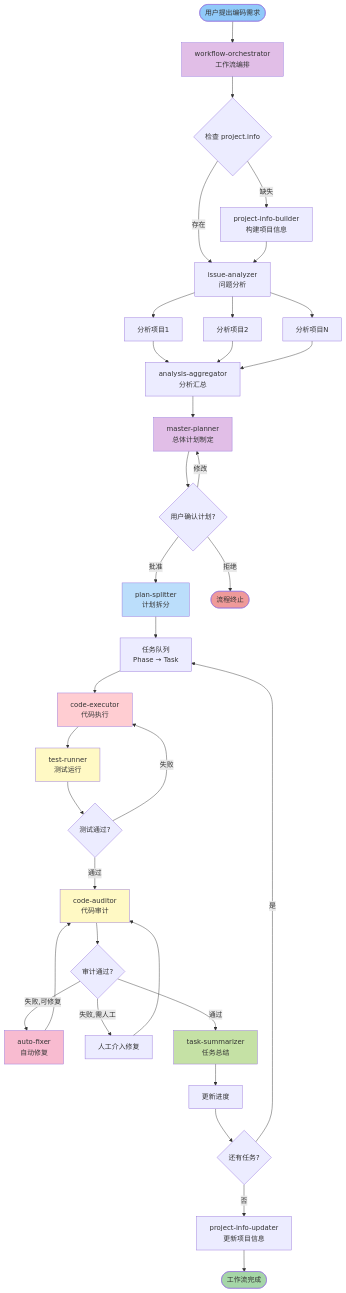
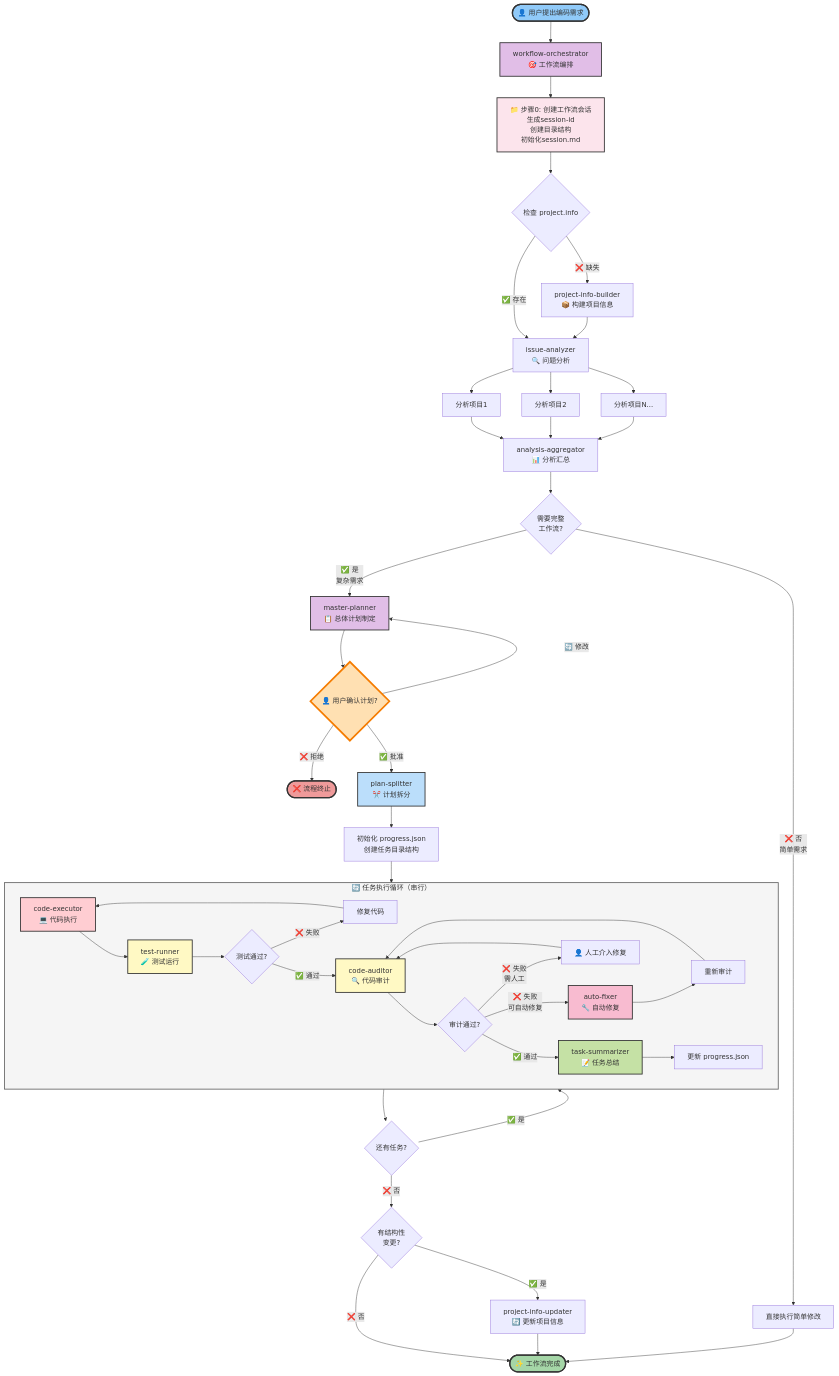
The second of 2 diagrams in README.md (gyqwuyuedefeng/.claude), drawn with Mermaid before and after one commit. The commit also changed other lines of this file, not shown here.

Commit message:
主要改进
  1. 简化版流程图（新增）

  - 横向布局，一目了然展示5大核心阶段
  - 使用 emoji 图标和颜色编码提高可读性
  - 突出显示用户确认这个关键节点
  - 清晰展示任务循环迭代机制

  2. 详细版流程图（改进）

  - 补充了 步骤0：创建工作流会话（workflow-orchestrator 的强制第一步）
  - 添加了决策分支：简单需求直接执行 vs 复杂需求完整工作流
  - 使用 subgraph 清晰展示任务执行循环
  - 完整展示失败恢复机制（测试失败、审计失败的不同处理路径）
  - 添加结构性变更检查，决定是否触发 project-info-updater

  3. 关键特性

  - ✅ 所有子代理都有图标和颜色标识
  - ✅ 用户确认节点用橙色边框特殊高亮（stroke-width: 4px）
  - ✅ 添加了详细的节点说明
  - ✅ 保持了与 workflow-orchestrator.md 的一致性

  现在 README.md 中的流程图更加清晰易懂，既有高层概览（简化版），也有详细实现（完整版），方便不同需求的读者理解整个多代理协同框架的工作流程。

````diff
--- a/README.md
+++ b/README.md
@@ -69,62 +108,76 @@
 ```mermaid
 graph TB
-    Start([用户提出编码需求]) --> WO[workflow-orchestrator<br/>工作流编排]
+    Start([👤 用户提出编码需求]) --> WO[workflow-orchestrator<br/>🎯 工作流编排]
 
-    WO --> CheckInfo{检查 project.info}
-    CheckInfo -->|缺失| PIB[project-info-builder<br/>构建项目信息]
-    CheckInfo -->|存在| IA[issue-analyzer<br/>问题分析]
-    PIB --> IA
+    WO --> CreateSession[📁 步骤0: 创建工作流会话<br/>生成session-id<br/>创建目录结构<br/>初始化session.md]
+    CreateSession --> CheckInfo{检查 project.info}
+
+    CheckInfo -->|❌ 缺失| PIB[project-info-builder<br/>📦 构建项目信息]
+    CheckInfo -->|✅ 存在| IA
+    PIB --> IA[issue-analyzer<br/>🔍 问题分析]
 
     IA --> IA1[分析项目1]
     IA --> IA2[分析项目2]
-    IA --> IAN[分析项目N]
+    IA --> IAN[分析项目N...]
 
-    IA1 --> AA[analysis-aggregator<br/>分析汇总]
+    IA1 --> AA[analysis-aggregator<br/>📊 分析汇总]
     IA2 --> AA
     IAN --> AA
 
-    AA --> MP[master-planner<br/>总体计划制定]
+    AA --> DecideWorkflow{需要完整<br/>工作流?}
+    DecideWorkflow -->|❌ 否<br/>简单需求| SimpleExec[直接执行简单修改]
+    DecideWorkflow -->|✅ 是<br/>复杂需求| MP[master-planner<br/>📋 总体计划制定]
 
-    MP --> UserConfirm{用户确认计划?}
-    UserConfirm -->|修改| MP
-    UserConfirm -->|批准| PS[plan-splitter<br/>计划拆分]
-    UserConfirm -->|拒绝| End1([流程终止])
+    MP --> UserConfirm{👤 用户确认计划?}
+    UserConfirm -->|🔄 修改| MP
+    UserConfirm -->|❌ 拒绝| End1([❌ 流程终止])
+    UserConfirm -->|✅ 批准| PS[plan-splitter<br/>✂️ 计划拆分]
 
-    PS --> TaskQueue[任务队列<br/>Phase → Task]
+    PS --> InitProgress[初始化 progress.json<br/>创建任务目录结构]
+    InitProgress --> TaskLoop
 
-    TaskQueue --> CE[code-executor<br/>代码执行]
+    subgraph TaskLoop["🔄 任务执行循环（串行）"]
+        CE[code-executor<br/>💻 代码执行] --> TR[test-runner<br/>🧪 测试运行]
 
-    CE --> TR[test-runner<br/>测试运行]
+        TR --> TestResult{测试通过?}
+        TestResult -->|❌ 失败| FixCode[修复代码]
+        FixCode --> CE
+        TestResult -->|✅ 通过| CA[code-auditor<br/>🔍 代码审计]
 
-    TR --> TestResult{测试通过?}
-    TestResult -->|失败| CE
-    TestResult -->|通过| CA[code-auditor<br/>代码审计]
+        CA --> AuditResult{审计通过?}
+        AuditResult -->|❌ 失败<br/>可自动修复| AF[auto-fixer<br/>🔧 自动修复]
+        AuditResult -->|❌ 失败<br/>需人工| Manual[👤 人工介入修复]
+        AuditResult -->|✅ 通过| TS[task-summarizer<br/>📝 任务总结]
 
-    CA --> AuditResult{审计通过?}
-    AuditResult -->|失败,可修复| AF[auto-fixer<br/>自动修复]
-    AuditResult -->|失败,需人工| Manual[人工介入修复]
-    AuditResult -->|通过| TS[task-summarizer<br/>任务总结]
+        AF --> ReAudit[重新审计]
+        ReAudit --> CA
+        Manual --> CA
 
-    AF --> CA
-    Manual --> CA
+        TS --> UpdateProgress[更新 progress.json]
+    end
 
-    TS --> UpdateProgress[更新进度]
-    UpdateProgress --> CheckQueue{还有任务?}
+    TaskLoop --> CheckQueue{还有任务?}
+    CheckQueue -->|✅ 是| TaskLoop
+    CheckQueue -->|❌ 否| FinalCheck{有结构性<br/>变更?}
 
-    CheckQueue -->|是| TaskQueue
-    CheckQueue -->|否| PIU[project-info-updater<br/>更新项目信息]
+    FinalCheck -->|✅ 是| PIU[project-info-updater<br/>🔄 更新项目信息]
+    FinalCheck -->|❌ 否| End
+    PIU --> End([✨ 工作流完成])
 
-    PIU --> End([工作流完成])
+    SimpleExec --> End
 
-    style WO fill:#e1bee7
-    style MP fill:#e1bee7
-    style PS fill:#bbdefb
-    style CE fill:#ffcdd2
-    style TR fill:#fff9c4
-    style CA fill:#fff9c4
-    style AF fill:#f8bbd0
-    style TS fill:#c5e1a5
-    style Start fill:#90caf9
-    style End fill:#a5d6a7
-    style End1 fill:#ef9a9a
+    style Start fill:#90caf9,stroke:#333,stroke-width:3px
+    style WO fill:#e1bee7,stroke:#333,stroke-width:2px
+    style CreateSession fill:#fce4ec,stroke:#333,stroke-width:2px
+    style MP fill:#e1bee7,stroke:#333,stroke-width:2px
+    style PS fill:#bbdefb,stroke:#333,stroke-width:2px
+    style CE fill:#ffcdd2,stroke:#333,stroke-width:2px
+    style TR fill:#fff9c4,stroke:#333,stroke-width:2px
+    style CA fill:#fff9c4,stroke:#333,stroke-width:2px
+    style AF fill:#f8bbd0,stroke:#333,stroke-width:2px
+    style TS fill:#c5e1a5,stroke:#333,stroke-width:2px
+    style UserConfirm fill:#ffe0b2,stroke:#f57c00,stroke-width:4px
+    style End fill:#a5d6a7,stroke:#333,stroke-width:3px
+    style End1 fill:#ef9a9a,stroke:#333,stroke-width:3px
+    style TaskLoop fill:#f5f5f5,stroke:#666,stroke-width:2px
 ```
````
